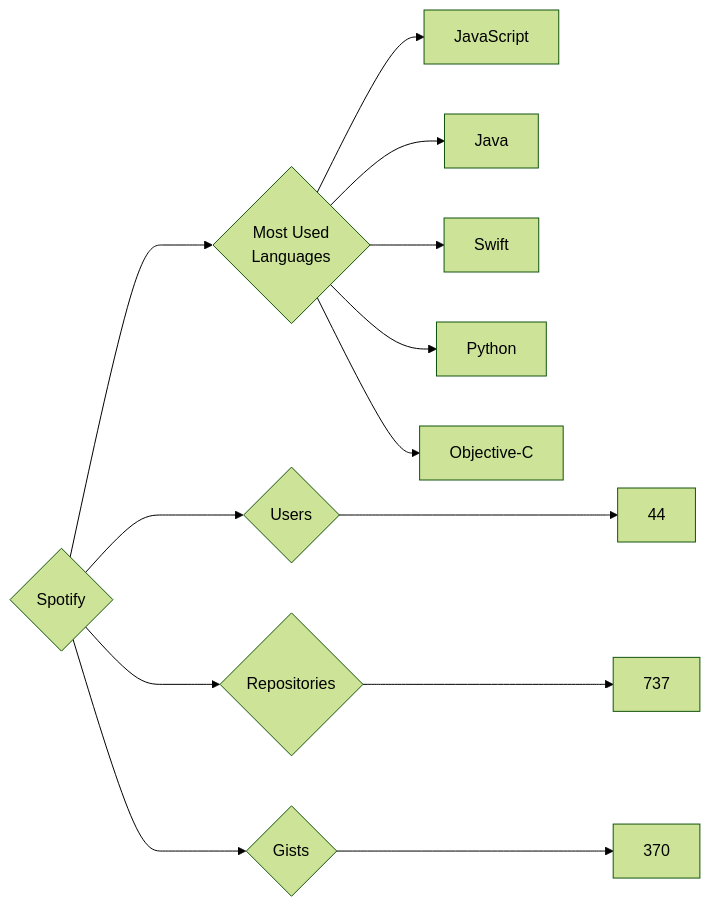
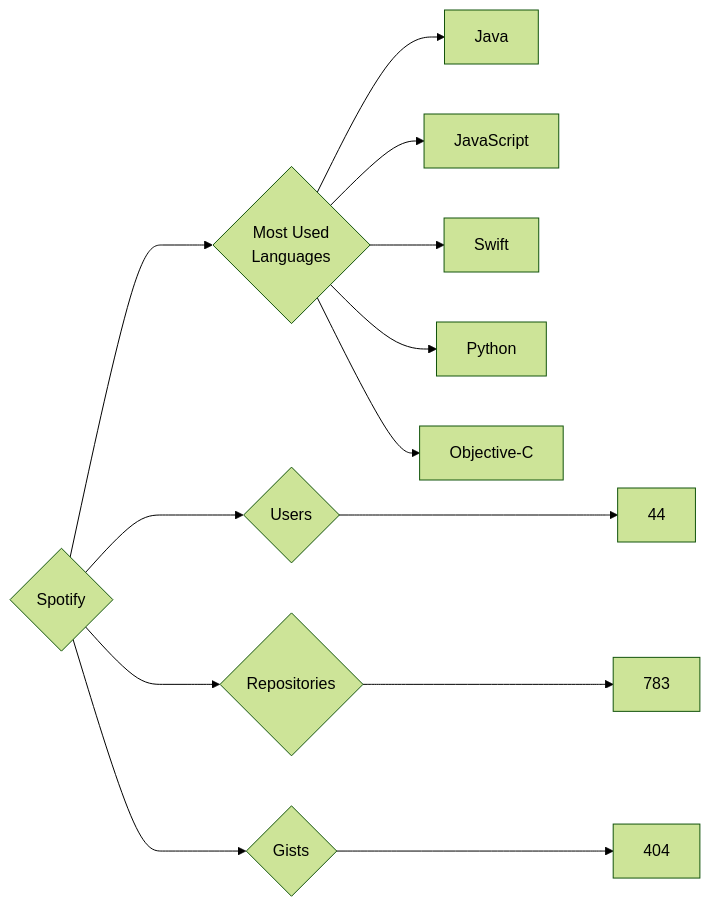
One commit to trickest/insiders changed the diagram in targets/Spotify/README.md. Above: the diagram before and after it, drawn with Mermaid (forest theme). The commit also changed 835 other files, not shown here.

````diff
--- a/targets/Spotify/README.md
+++ b/targets/Spotify/README.md
@@ -3,13 +3,13 @@
 ```mermaid
 graph LR
 COMPANY_NAME{Spotify}
 COMPANY_NAME ---> U{Users} ---> UN[44]
-COMPANY_NAME ---> R{Repositories} ---> RN[737]
-COMPANY_NAME ---> G{Gists} ---> GN[370]
+COMPANY_NAME ---> R{Repositories} ---> RN[783]
+COMPANY_NAME ---> G{Gists} ---> GN[404]
 COMPANY_NAME ---> ML{Most Used<br>Languages}
+ML --> Java[Java]
 ML --> JavaScript[JavaScript]
-ML --> Java[Java]
 ML --> Swift[Swift]
 ML --> Python[Python]
 ML --> Objective-C[Objective-C]
 ```
````
